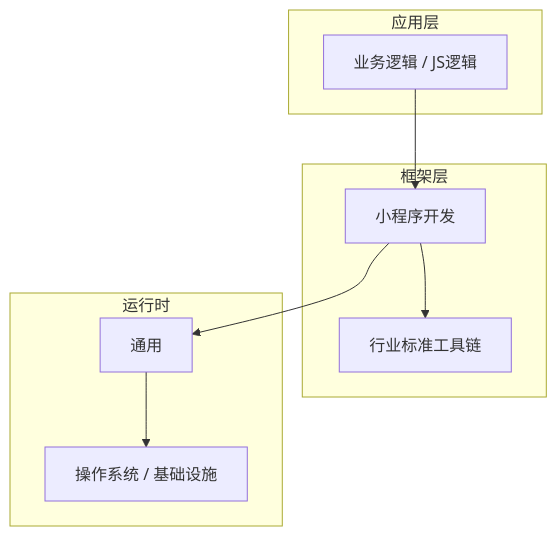
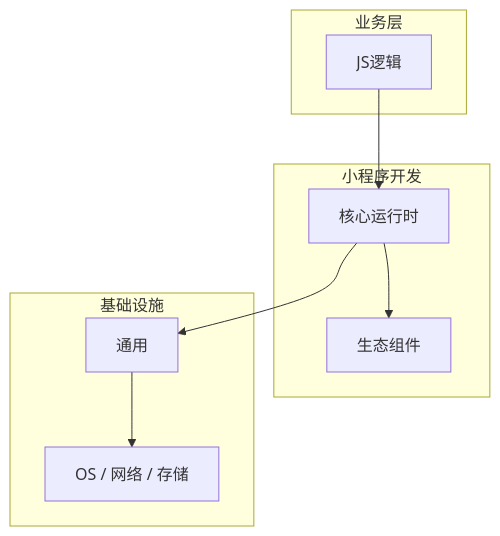
One commit to yanggan2015/knowledge-json-v2 changed the diagram in articles/小程序开发/chapters/021-JS逻辑核心概念与原理.md. Above: the diagram before and after it, drawn with Mermaid. The commit also changed other lines of this file and 10127 other files, not shown here.

````diff
--- a/articles/小程序开发/chapters/021-JS逻辑核心概念与原理.md
+++ b/articles/小程序开发/chapters/021-JS逻辑核心概念与原理.md
@@ -45,18 +34,18 @@
 ```mermaid
 graph TB
-    subgraph 应用层
-        A[业务逻辑 / JS逻辑]
+    subgraph 业务层
+        A[JS逻辑]
     end
-    subgraph 框架层
-        B[小程序开发]
-        C[行业标准工具链]
+    subgraph 小程序开发
+        B[核心运行时]
+        C[生态组件]
     end
-    subgraph 运行时
+    subgraph 基础设施
         D[通用]
-        E[操作系统 / 基础设施]
+        E[OS / 网络 / 存储]
     end
     A --> B
     B --> C
     B --> D
     D --> E
 ```
````
